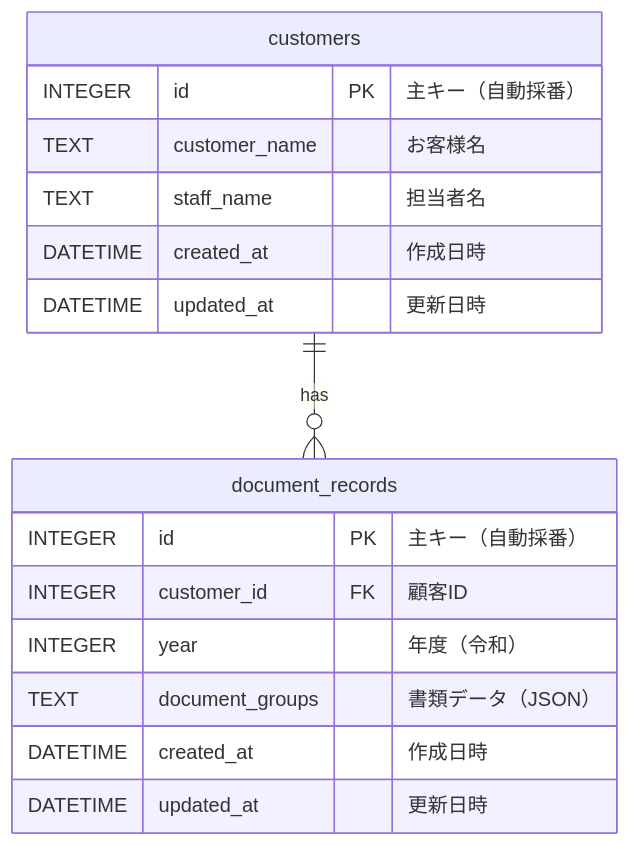
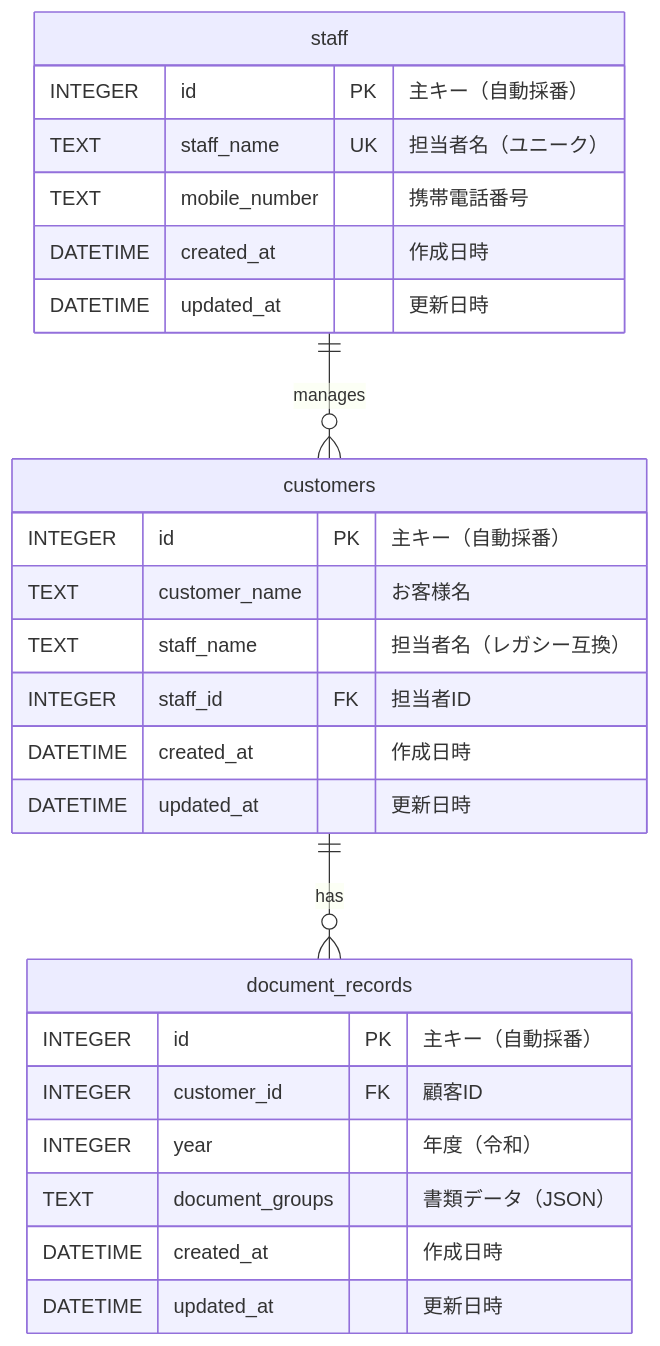
Before and after one commit to kojima1978/tax_apps: the diagram in apps/Required-documents-for-tax-return/docs/ER図.md, drawn with Mermaid. The commit also changed other lines of this file and 14 other files, not shown here.

First line of the commit message:
docs: 全アプリのREADME.mdとER図を実態に合わせて更新

````diff
--- a/apps/Required-documents-for-tax-return/docs/ER図.md
+++ b/apps/Required-documents-for-tax-return/docs/ER図.md
@@ -5,21 +7,31 @@
 ```mermaid
 erDiagram
+    staff ||--o{ customers : "manages"
     customers ||--o{ document_records : "has"
+
+    staff {
+        INTEGER id PK "主キー（自動採番）"
+        TEXT staff_name UK "担当者名（ユニーク）"
+        TEXT mobile_number "携帯電話番号"
+        DATETIME created_at "作成日時"
+        DATETIME updated_at "更新日時"
+    }
 
     customers {
         INTEGER id PK "主キー（自動採番）"
         TEXT customer_name "お客様名"
-        TEXT staff_name "担当者名"
+        TEXT staff_name "担当者名（レガシー互換）"
+        INTEGER staff_id FK "担当者ID"
         DATETIME created_at "作成日時"
         DATETIME updated_at "更新日時"
     }
 
     document_records {
         INTEGER id PK "主キー（自動採番）"
         INTEGER customer_id FK "顧客ID"
         INTEGER year "年度（令和）"
         TEXT document_groups "書類データ（JSON）"
         DATETIME created_at "作成日時"
         DATETIME updated_at "更新日時"
     }
 ```
````
